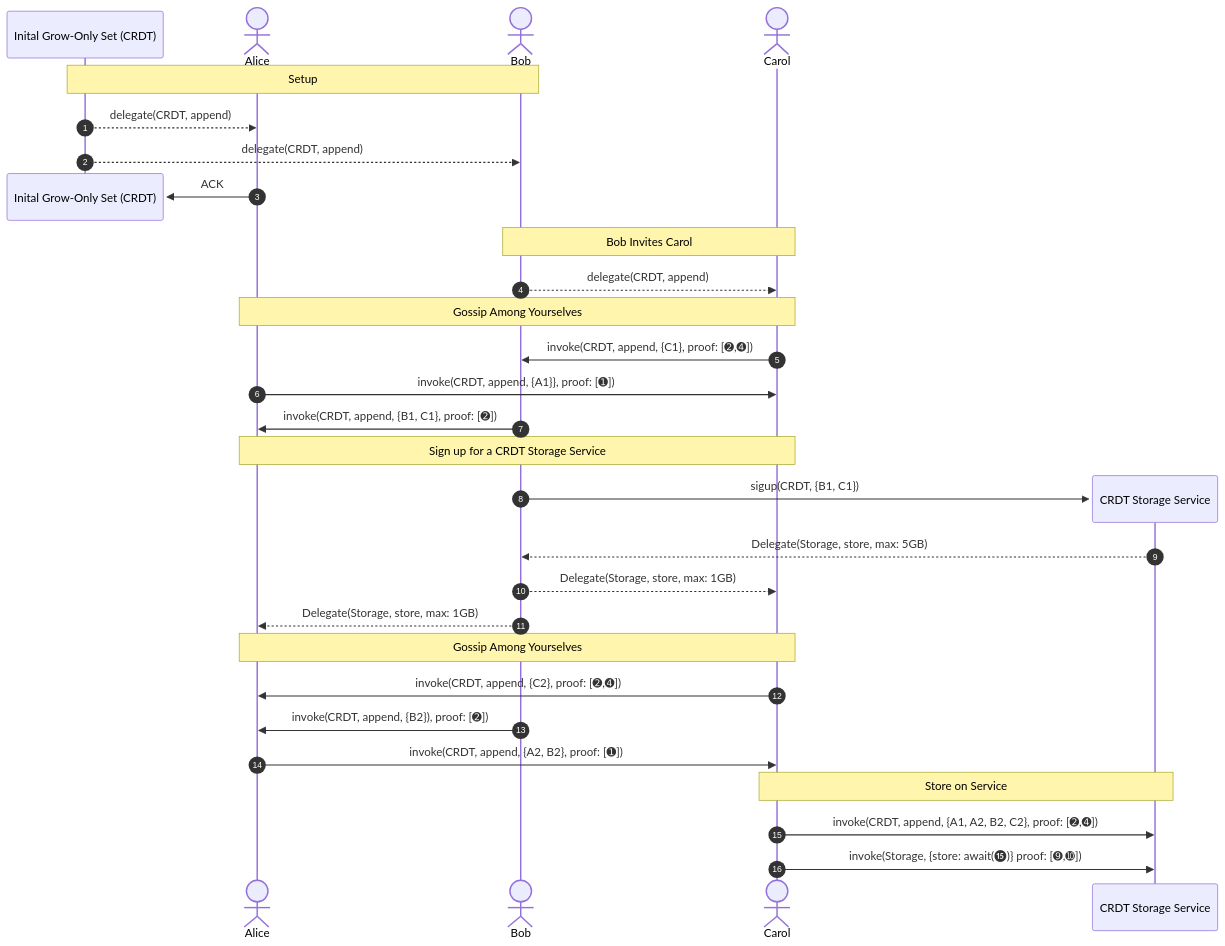
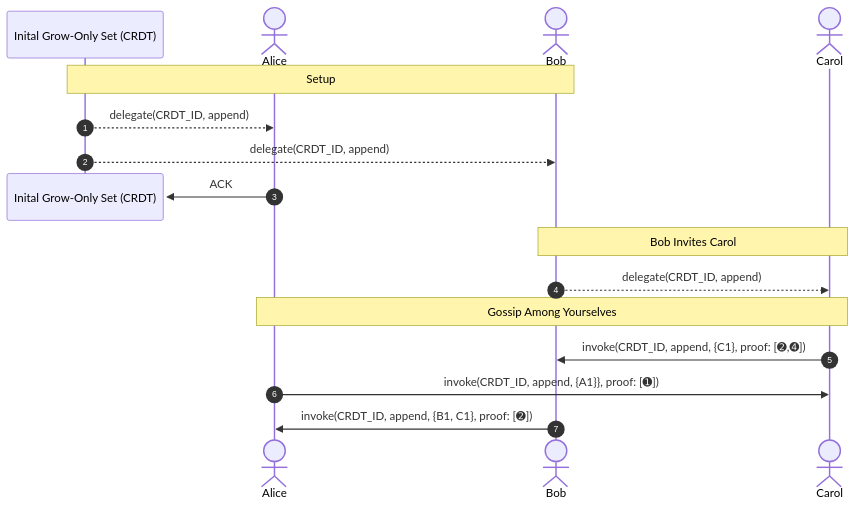
The third of 5 diagrams in README.md (michielbdejong/spec), drawn with Mermaid before and after one commit. The commit also changed other lines of this file, not shown here.

Commit message:
Expand distributed case

````diff
--- a/README.md
+++ b/README.md
@@ -193,42 +197,25 @@
 ``` mermaid
 sequenceDiagram
     participant CRDT as Inital Grow-Only Set (CRDT)
 
     actor Alice
     actor Bob
     actor Carol
 
     autonumber
 
     Note over CRDT, Bob: Setup
-    CRDT -->> Alice: delegate(CRDT, append)
-    CRDT -->> Bob: delegate(CRDT, append)
+    CRDT -->> Alice: delegate(CRDT_ID, append)
+    CRDT -->> Bob: delegate(CRDT_ID, append)
 
     destroy CRDT
     Alice ->> CRDT: ACK
     
     Note over Bob, Carol: Bob Invites Carol
-    Bob -->> Carol: delegate(CRDT, append)
+    Bob -->> Carol: delegate(CRDT_ID, append)
 
     Note over Alice, Carol: Gossip Among Yourselves
-    Carol ->> Bob: invoke(CRDT, append, {C1}, proof: [➋,➍])
-    Alice ->> Carol: invoke(CRDT, append, {A1}}, proof: [➊])
-    Bob ->> Alice: invoke(CRDT, append, {B1, C1}, proof: [➋])
-
-    Note over Alice, Carol: Sign up for a CRDT Storage Service
-    create participant Storage as CRDT Storage Service
-    Bob ->> Storage: sigup(CRDT, {B1, C1})
-    Storage -->> Bob: Delegate(Storage, store, max: 5GB)
-
-    Bob -->> Carol: Delegate(Storage, store, max: 1GB)
-    Bob -->> Alice: Delegate(Storage, store, max: 1GB)
-
-    Note over Alice, Carol: Gossip Among Yourselves
-    Carol ->> Alice: invoke(CRDT, append, {C2}, proof: [➋,➍])
-    Bob ->> Alice: invoke(CRDT, append, {B2}), proof: [➋])
-    Alice ->> Carol: invoke(CRDT, append, {A2, B2}, proof: [➊])
-
-    Note over Carol, Storage: Store on Service
-    Carol ->> Storage: invoke(CRDT, append, {A1, A2, B2, C2}, proof: [➋,➍])
-    Carol ->> Storage: invoke(Storage, {store: await(⓯)} proof: [➒,➓])
+    Carol ->> Bob: invoke(CRDT_ID, append, {C1}, proof: [➋,➍])
+    Alice ->> Carol: invoke(CRDT_ID, append, {A1}}, proof: [➊])
+    Bob ->> Alice: invoke(CRDT_ID, append, {B1, C1}, proof: [➋])
 ```
````
